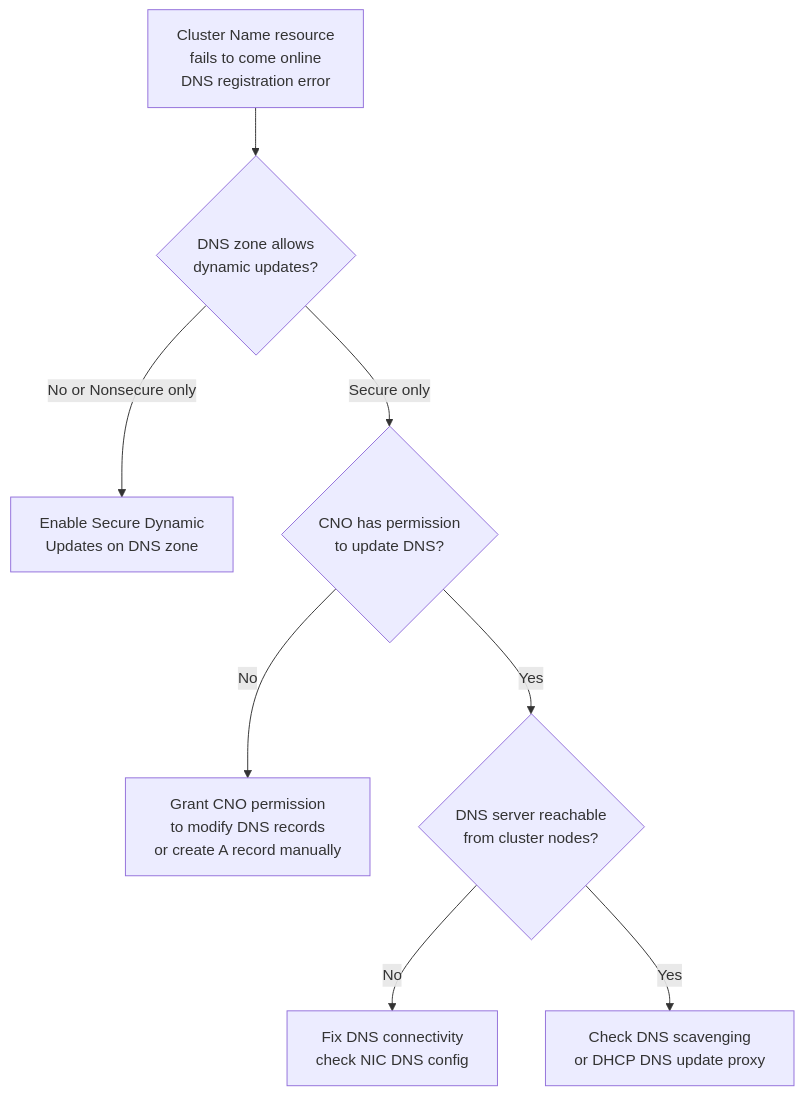
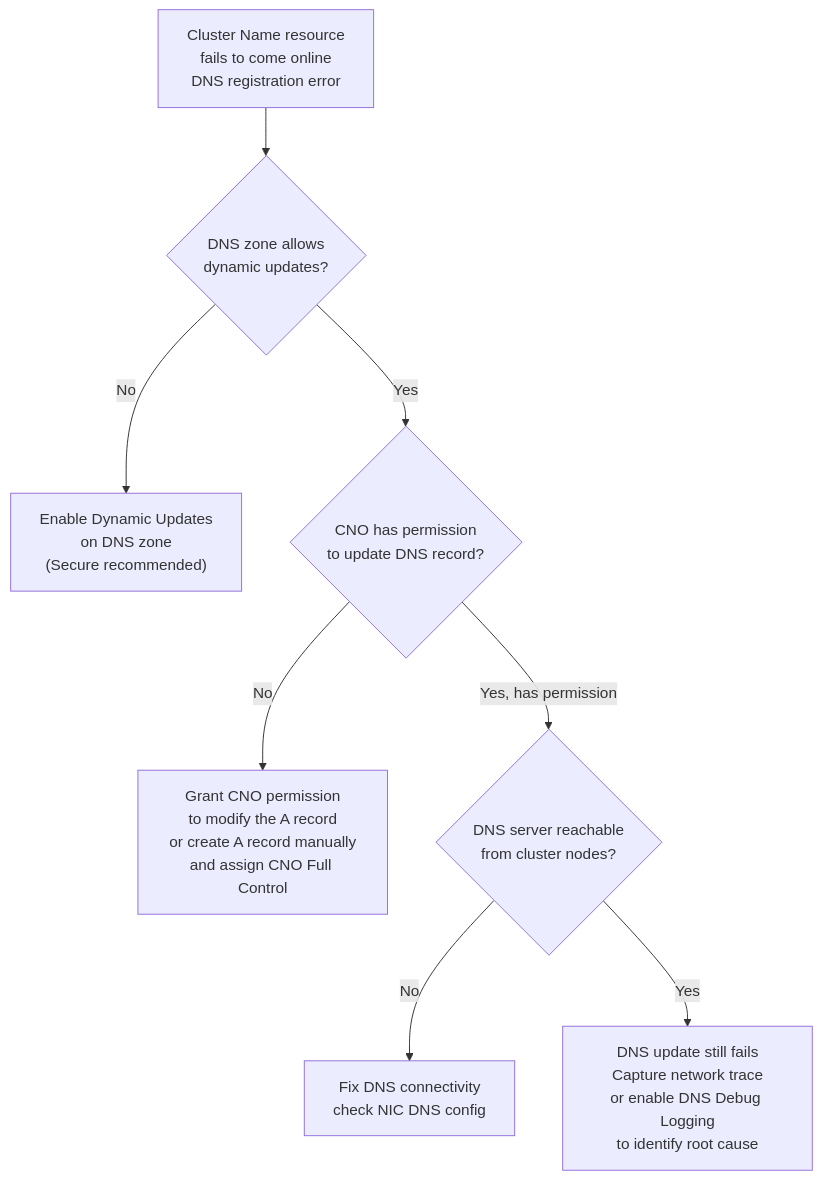
One commit to IrisHeMin/knowledge_base changed diagram 12 of 20 in _posts/2026-03-10-scenario-map-failover-cluster-creation-failure.md. Above: the diagram before and after it, drawn with Mermaid. The commit also changed other lines of this file, not shown here.

First line of the commit message:
Fix S8 and S11 scenarios in Failover Cluster creation failure map

````diff
--- a/_posts/2026-03-10-scenario-map-failover-cluster-creation-failure.md
+++ b/_posts/2026-03-10-scenario-map-failover-cluster-creation-failure.md
@@ -540,10 +541,10 @@
 ```mermaid
 flowchart TD
     Start["Cluster Name resource\nfails to come online\nDNS registration error"] --> Check1{"DNS zone allows\ndynamic updates?"}
-    Check1 -->|"No or Nonsecure only"| Fix1["Enable Secure Dynamic\nUpdates on DNS zone"]
-    Check1 -->|"Secure only"| Check2{"CNO has permission\nto update DNS?"}
-    Check2 -->|"No"| Fix2["Grant CNO permission\nto modify DNS records\nor create A record manually"]
-    Check2 -->|"Yes"| Check3{"DNS server reachable\nfrom cluster nodes?"}
+    Check1 -->|"No"| Fix1["Enable Dynamic Updates\non DNS zone\n(Secure recommended)"]
+    Check1 -->|"Yes"| Check2{"CNO has permission\nto update DNS record?"}
+    Check2 -->|"No"| Fix2["Grant CNO permission\nto modify the A record\nor create A record manually\nand assign CNO Full Control"]
+    Check2 -->|"Yes, has permission"| Check3{"DNS server reachable\nfrom cluster nodes?"}
     Check3 -->|"No"| Fix3["Fix DNS connectivity\ncheck NIC DNS config"]
-    Check3 -->|"Yes"| Escalate["Check DNS scavenging\nor DHCP DNS update proxy"]
+    Check3 -->|"Yes"| Escalate["DNS update still fails\nCapture network trace\nor enable DNS Debug Logging\nto identify root cause"]
 ```
````
